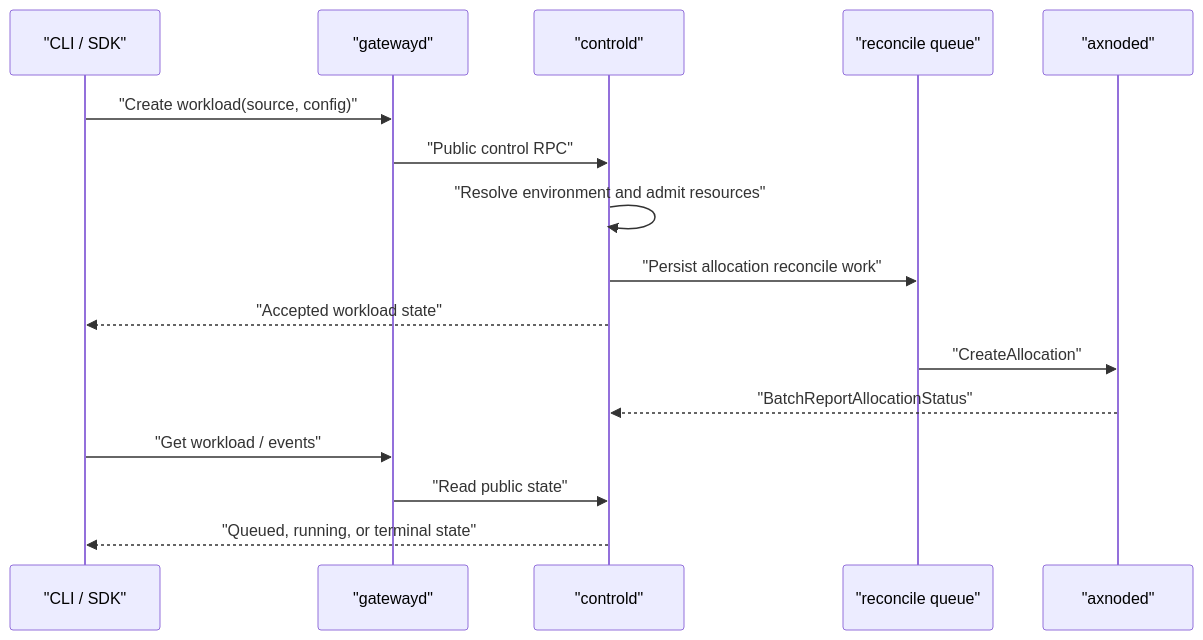
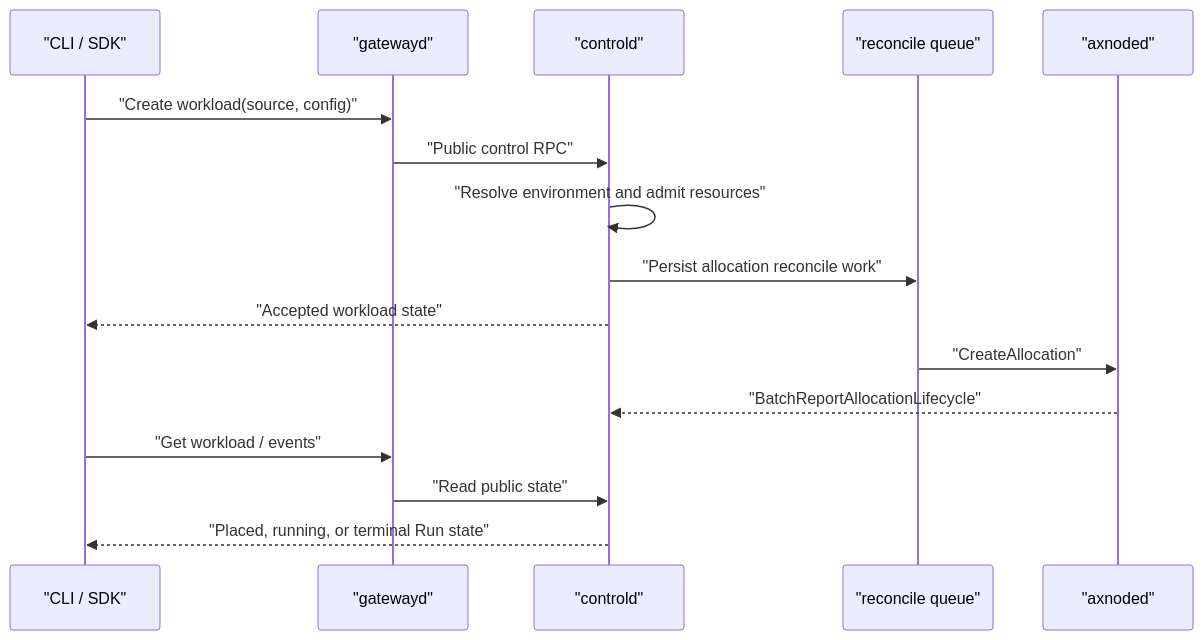
Before and after one commit to cofy-x/axern: the first of 2 diagrams in docs/architecture/workload-lifecycle-sequence.md, drawn with Mermaid. The commit also changed 379 other files, not shown here.

````diff
--- a/docs/architecture/workload-lifecycle-sequence.md
+++ b/docs/architecture/workload-lifecycle-sequence.md
@@ -13,19 +13,19 @@
 ```mermaid
 sequenceDiagram
     participant Client as "CLI / SDK"
     participant Gateway as "gatewayd"
     participant Control as "controld"
     participant Queue as "reconcile queue"
     participant Node as "axnoded"
 
     Client->>Gateway: "Create workload(source, config)"
     Gateway->>Control: "Public control RPC"
     Control->>Control: "Resolve environment and admit resources"
     Control->>Queue: "Persist allocation reconcile work"
     Control-->>Client: "Accepted workload state"
     Queue->>Node: "CreateAllocation"
-    Node-->>Control: "BatchReportAllocationStatus"
+    Node-->>Control: "BatchReportAllocationLifecycle"
     Client->>Gateway: "Get workload / events"
     Gateway->>Control: "Read public state"
-    Control-->>Client: "Queued, running, or terminal state"
+    Control-->>Client: "Placed, running, or terminal Run state"
 ```
````
